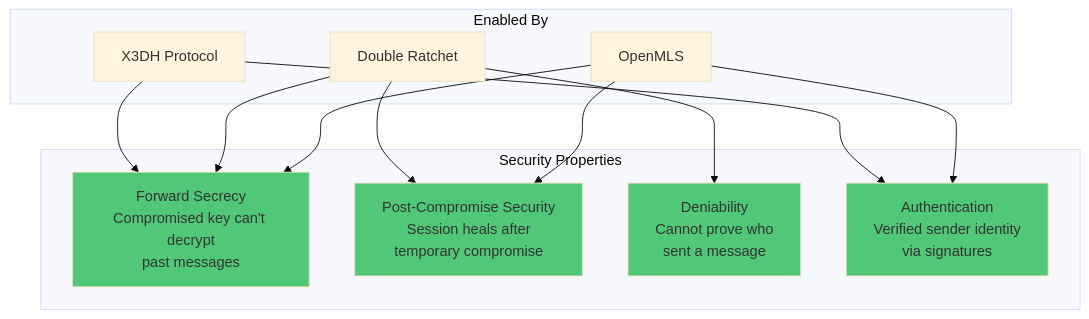
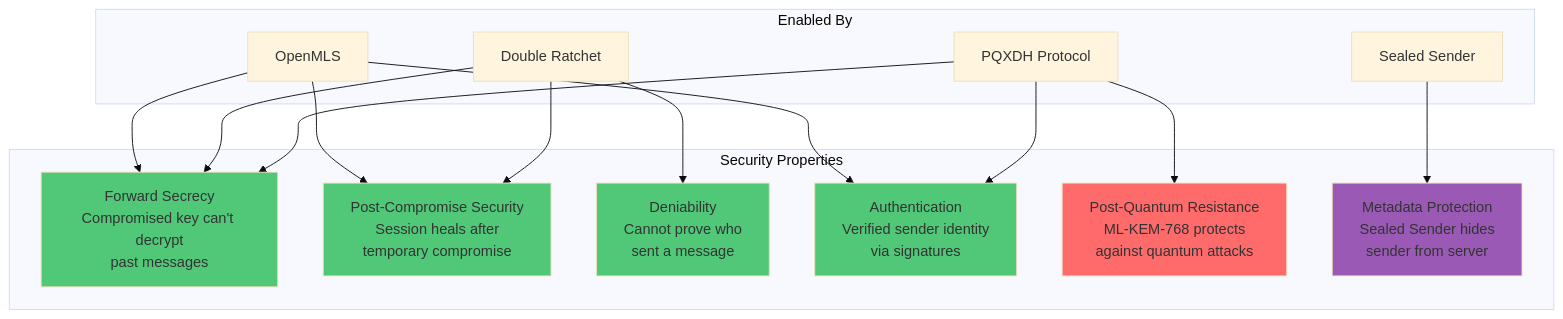
Diagram 22 of 23 in docs/ENCRYPTION_ARCHITECTURE.md (guardyn/guardyn), drawn with Mermaid (base theme) before and after one commit. The commit also changed other lines of this file and 18 other files, not shown here.

````diff
--- a/docs/ENCRYPTION_ARCHITECTURE.md
+++ b/docs/ENCRYPTION_ARCHITECTURE.md
@@ -794,29 +1044,36 @@
 ```mermaid
 graph TB
     subgraph "Security Properties"
         FS[Forward Secrecy<br/>Compromised key can't decrypt<br/>past messages]
         PCS[Post-Compromise Security<br/>Session heals after<br/>temporary compromise]
         Deniability[Deniability<br/>Cannot prove who<br/>sent a message]
         Auth[Authentication<br/>Verified sender identity<br/>via signatures]
+        PQR[Post-Quantum Resistance<br/>ML-KEM-768 protects<br/>against quantum attacks]
+        MP[Metadata Protection<br/>Sealed Sender hides<br/>sender from server]
     end
 
     subgraph "Enabled By"
-        X3DH_P[X3DH Protocol]
+        PQXDH_P[PQXDH Protocol]
         DR_P[Double Ratchet]
         MLS_P[OpenMLS]
+        SS_P[Sealed Sender]
     end
 
-    X3DH_P --> FS
-    X3DH_P --> Auth
+    PQXDH_P --> FS
+    PQXDH_P --> Auth
+    PQXDH_P --> PQR
     DR_P --> FS
     DR_P --> PCS
     DR_P --> Deniability
     MLS_P --> FS
     MLS_P --> PCS
     MLS_P --> Auth
+    SS_P --> MP
 
     style FS fill:#50C878
     style PCS fill:#50C878
     style Deniability fill:#50C878
     style Auth fill:#50C878
+    style PQR fill:#FF6B6B
+    style MP fill:#9B59B6
 ```
````
